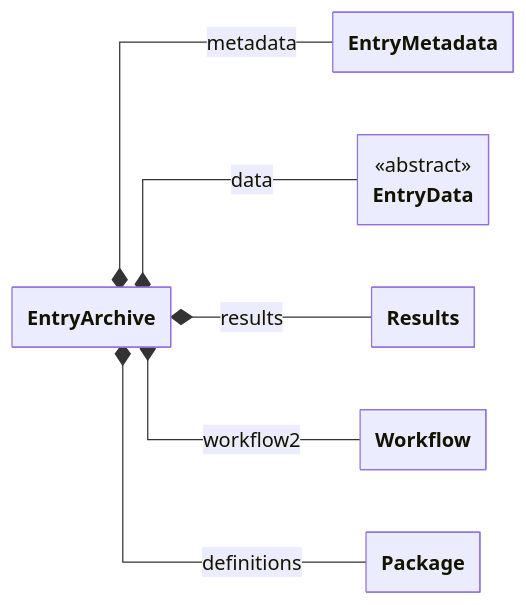
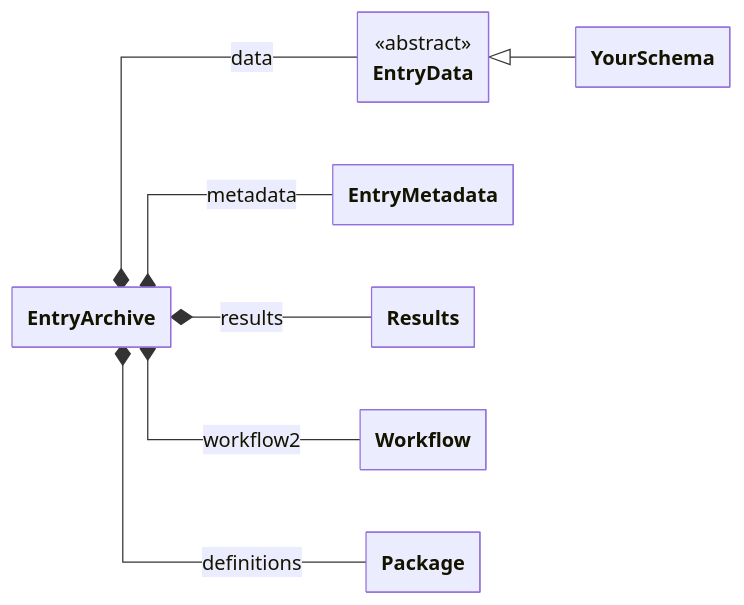
The diagram in docs/explanation/data.md (FAIRmat-NFDI/nomad-docs), drawn with Mermaid before and after one commit. The commit also changed other lines of this file and 1 other file, not shown here.

Commit message:
Better emphasis on the data section.

````diff
--- a/docs/explanation/data.md
+++ b/docs/explanation/data.md
@@ -15,13 +15,14 @@
 ```mermaid
 %%{init: {'flowchart': {'curve': 'stepBefore'}, 'class': {'hideEmptyMembersBox': true}}}%%
 classDiagram
     direction LR
     class EntryData {
         <<abstract>>
     }
+    EntryArchive *-- EntryData : data
     EntryArchive *-- EntryMetadata : metadata
-    EntryArchive *-- EntryData : data
     EntryArchive *-- Results : results
     EntryArchive *-- Workflow : workflow2
     EntryArchive *-- Package : definitions
+    EntryData <|-- YourSchema
 ```
````
